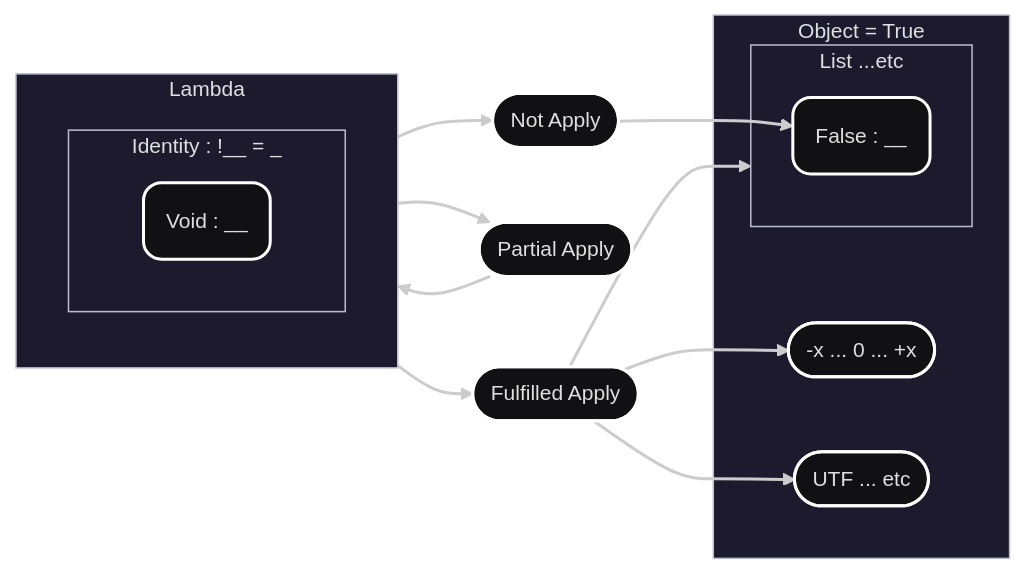
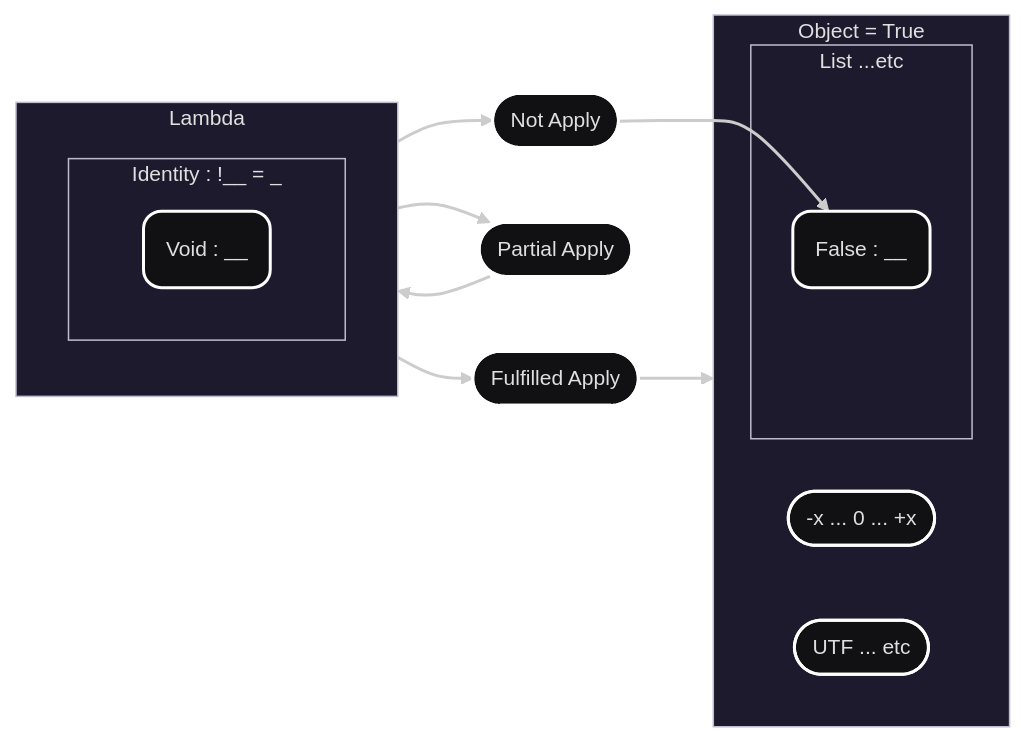
One commit to johnny-shaman/Sign changed the first of 2 diagrams in README.md. Above: the diagram before and after it, drawn with Mermaid.

Commit message:
update : readme

````diff
--- a/README.md
+++ b/README.md
@@ -37,31 +37,31 @@
 ```mermaid
 ---
 config:
   theme: redux-dark
 ---
 graph LR
 
 subgraph Lambda
     subgraph Identity [ Identity : !__ = _ ]
         void( Void : __  )
     end
 end
 
 subgraph Object[ Object = True ]
     Number([ -x ... 0 ... +x ])
     Letter([ UTF ... etc ])
 
     subgraph List [ List ...etc ]
         False( False : __ )
     end
 end
 
 Apply([ Fulfilled Apply ])
 Partial([ Partial Apply ])
 NotApply([ Not Apply ])
 
 Lambda --> Partial & Apply & NotApply
 NotApply --> False
 Partial --> Lambda
-Apply --> List & Number & Letter
+Apply --> Object
 ```
````
